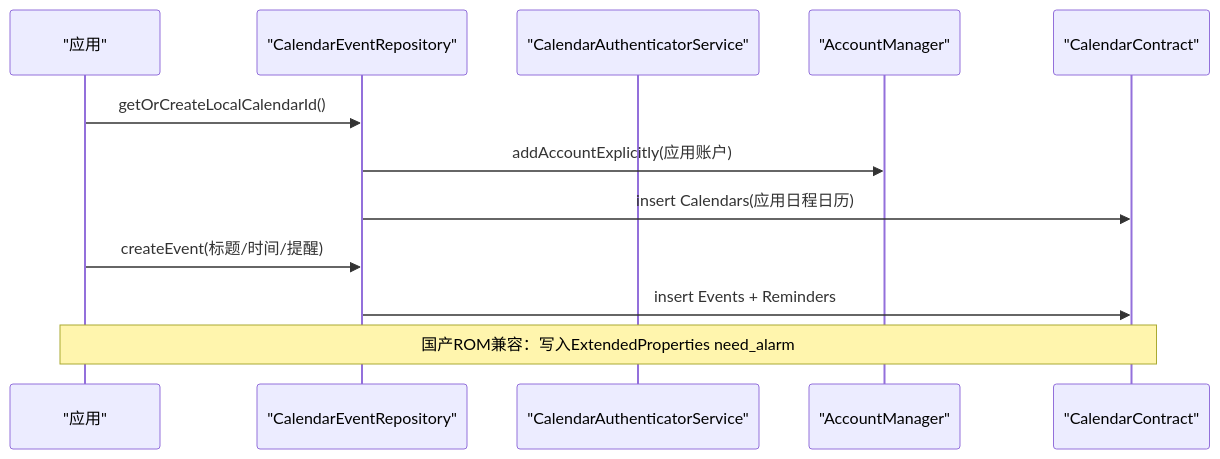
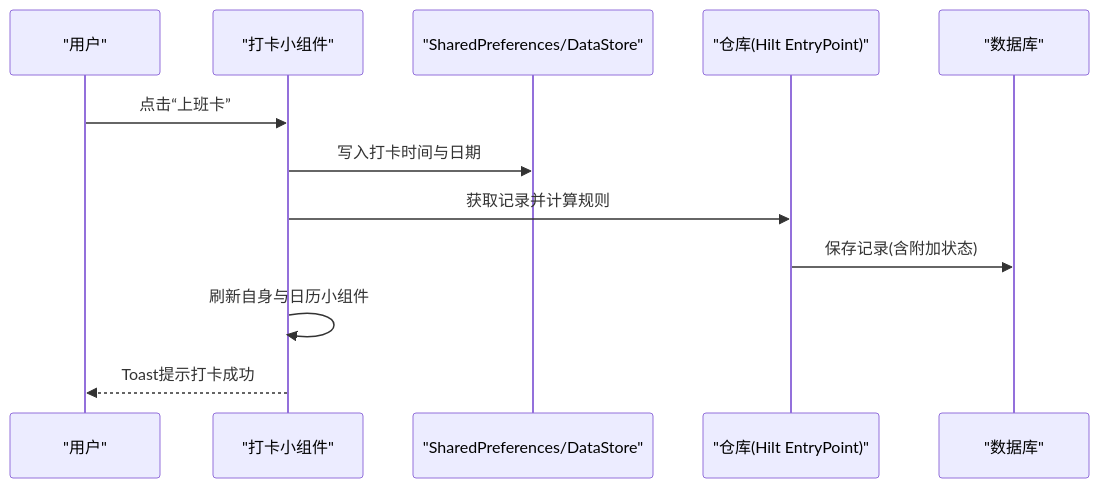
Before and after one commit to xiaobai860/paibanrili: the fifth of 7 diagrams in .qoder/repowiki/zh/content/系统集成/系统集成.md, drawn with Mermaid. The commit also changed other lines of this file and 245 other files, not shown here.

````diff
--- a/.qoder/repowiki/zh/content/系统集成/系统集成.md
+++ b/.qoder/repowiki/zh/content/系统集成/系统集成.md
@@ -254,14 +240,14 @@
 ```mermaid
 sequenceDiagram
-participant App as "应用"
-participant Repo as "CalendarEventRepository"
-participant CA as "CalendarAuthenticatorService"
-participant AM as "AccountManager"
-participant CC as "CalendarContract"
-App->>Repo : getOrCreateLocalCalendarId()
-Repo->>AM : addAccountExplicitly(应用账户)
-Repo->>CC : insert Calendars(应用日程日历)
-App->>Repo : createEvent(标题/时间/提醒)
-Repo->>CC : insert Events + Reminders
-Note over App,CC : 国产ROM兼容：写入ExtendedProperties need_alarm
+participant User as "用户"
+participant Widget as "打卡小组件"
+participant Prefs as "SharedPreferences/DataStore"
+participant Repo as "仓库(Hilt EntryPoint)"
+participant DB as "数据库"
+User->>Widget : 点击“上班卡”
+Widget->>Prefs : 写入打卡时间与日期
+Widget->>Repo : 获取记录并计算规则
+Repo->>DB : 保存记录(含附加状态)
+Widget->>Widget : 刷新自身与日历小组件
+Widget-->>User : Toast提示打卡成功
 ```
````
